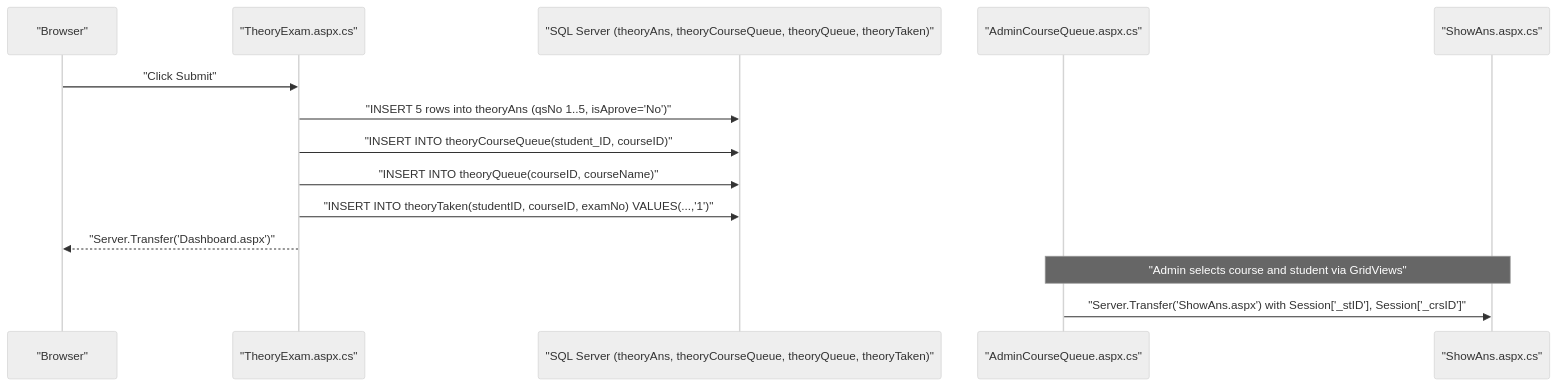
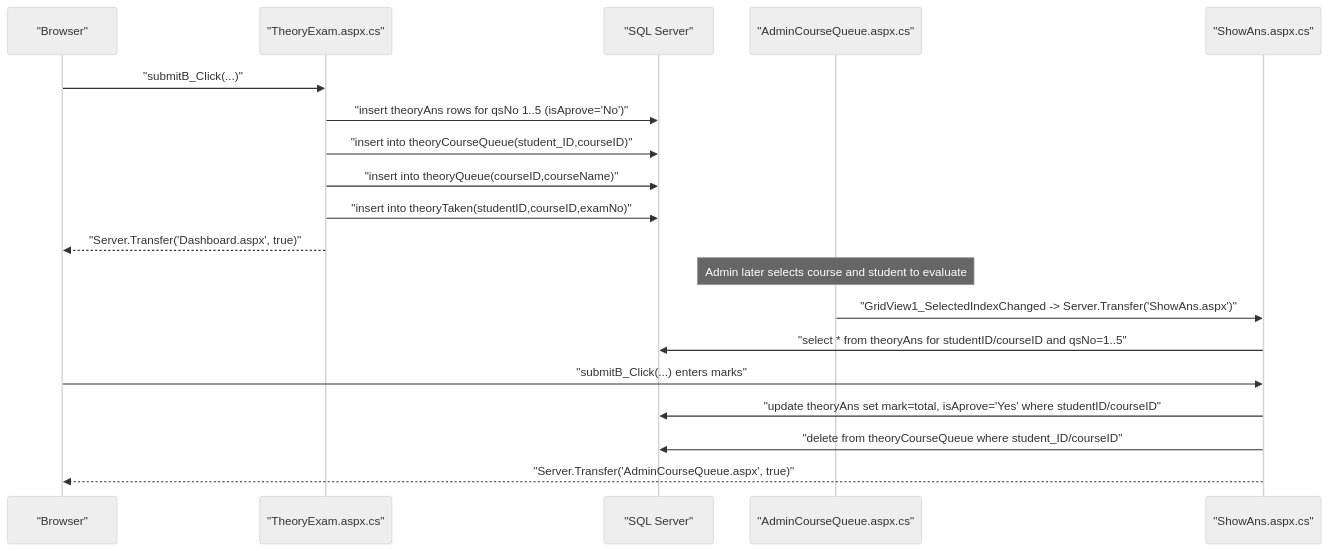
Before and after one commit to kavia-common/Online-Examination-System-7216: the eighth of 11 diagrams in REPOSITORY_CODE_DOCUMENTATION.md, drawn with Mermaid (neutral theme). The commit also changed other lines of this file and 3 other files, not shown here.

````diff
--- a/REPOSITORY_CODE_DOCUMENTATION.md
+++ b/REPOSITORY_CODE_DOCUMENTATION.md
@@ -533,18 +341,23 @@
 ```mermaid
 sequenceDiagram
-  participant Browser as "Browser"
-  participant Theory as "TheoryExam.aspx.cs"
-  participant DB as "SQL Server (theoryAns, theoryCourseQueue, theoryQueue, theoryTaken)"
-  participant AdminQueue as "AdminCourseQueue.aspx.cs"
-  participant Show as "ShowAns.aspx.cs"
+  participant B as "Browser"
+  participant T as "TheoryExam.aspx.cs"
+  participant DB as "SQL Server"
+  participant AQ as "AdminCourseQueue.aspx.cs"
+  participant SA as "ShowAns.aspx.cs"
 
-  Browser->>Theory: "Click Submit"
-  Theory->>DB: "INSERT 5 rows into theoryAns (qsNo 1..5, isAprove='No')"
-  Theory->>DB: "INSERT INTO theoryCourseQueue(student_ID, courseID)"
-  Theory->>DB: "INSERT INTO theoryQueue(courseID, courseName)"
-  Theory->>DB: "INSERT INTO theoryTaken(studentID, courseID, examNo) VALUES(...,'1')"
-  Theory-->>Browser: "Server.Transfer('Dashboard.aspx')"
+  B->>T: "submitB_Click(...)"
+  T->>DB: "insert theoryAns rows for qsNo 1..5 (isAprove='No')"
+  T->>DB: "insert into theoryCourseQueue(student_ID,courseID)"
+  T->>DB: "insert into theoryQueue(courseID,courseName)"
+  T->>DB: "insert into theoryTaken(studentID,courseID,examNo)"
+  T-->>B: "Server.Transfer('Dashboard.aspx', true)"
 
-  Note over AdminQueue,Show: "Admin selects course and student via GridViews"
-  AdminQueue->>Show: "Server.Transfer('ShowAns.aspx') with Session['_stID'], Session['_crsID']"
+  Note over AQ: Admin later selects course and student to evaluate
+  AQ->>SA: "GridView1_SelectedIndexChanged -> Server.Transfer('ShowAns.aspx')"
+  SA->>DB: "select * from theoryAns for studentID/courseID and qsNo=1..5"
+  B->>SA: "submitB_Click(...) enters marks"
+  SA->>DB: "update theoryAns set mark=total, isAprove='Yes' where studentID/courseID"
+  SA->>DB: "delete from theoryCourseQueue where student_ID/courseID"
+  SA-->>B: "Server.Transfer('AdminCourseQueue.aspx', true)"
 ```
````
